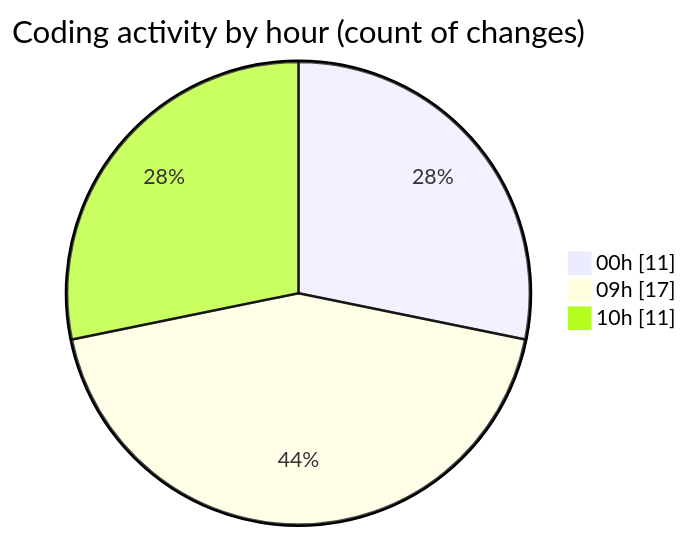
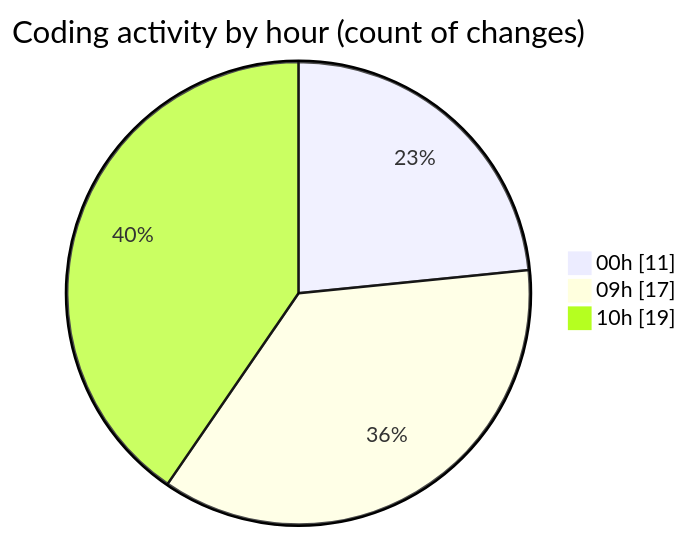
The second of 2 diagrams in 2026-09-02/cda/README.md (momahboobian/code-tracking), drawn with Mermaid before and after one commit. The commit also changed other lines of this file and 1 other file, not shown here.

````diff
--- a/2026-09-02/cda/README.md
+++ b/2026-09-02/cda/README.md
@@ -34,7 +35,7 @@
 ```mermaid
 pie showData
 title Coding activity by hour (count of changes)
 "00h" : 11
 "09h" : 17
-"10h" : 11
+"10h" : 19
 ```
````
